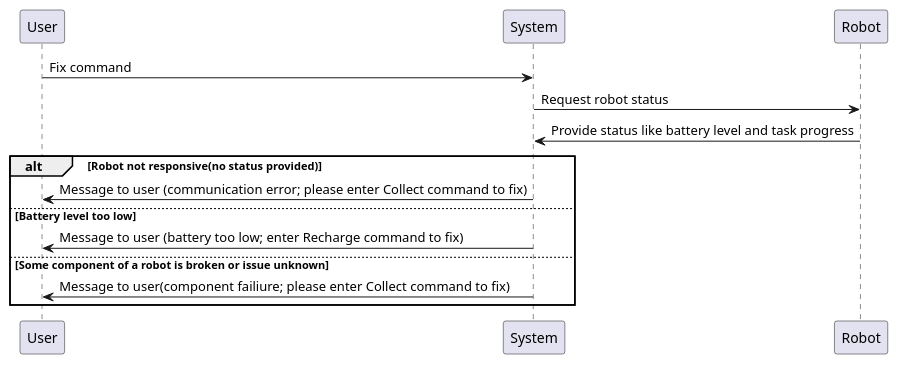
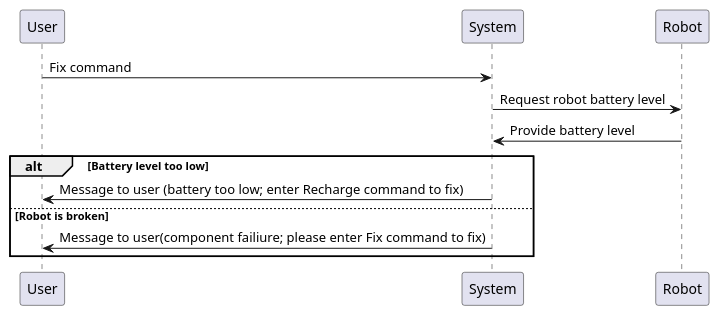
Before and after one commit to arisk02/robot-fleet-management-system: the diagram in docs/design/sequence_diagrams/dignose_robot.puml, drawn with PlantUML. The commit also changed 2 other files, not shown here.

```diff
--- a/docs/design/sequence_diagrams/dignose_robot.puml
+++ b/docs/design/sequence_diagrams/dignose_robot.puml
@@ -1,13 +1,11 @@
 @startuml
 User -> System : Fix command
-System -> Robot : Request robot status
-Robot -> System : Provide status like battery level and task progress
-alt Robot not responsive(no status provided)
-    System -> User : Message to user (communication error; please enter Collect command to fix)
-else Battery level too low 
+System -> Robot : Request robot battery level
+Robot -> System : Provide battery level
+alt Battery level too low 
     System -> User : Message to user (battery too low; enter Recharge command to fix)
-else Some component of a robot is broken or issue unknown
-    System -> User: Message to user(component failiure; please enter Collect command to fix)
+else Robot is broken
+    System -> User: Message to user(component failiure; please enter Fix command to fix)
 end
 
 @enduml
```
